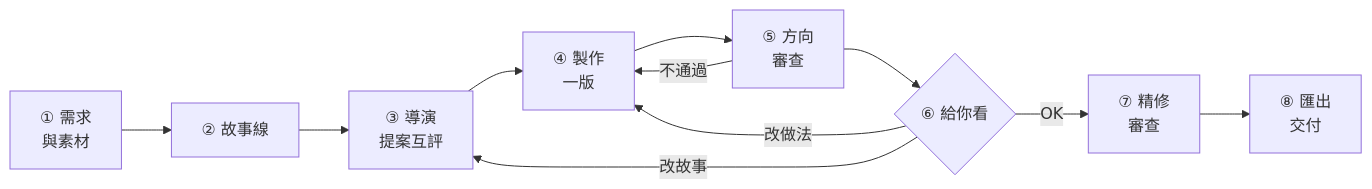
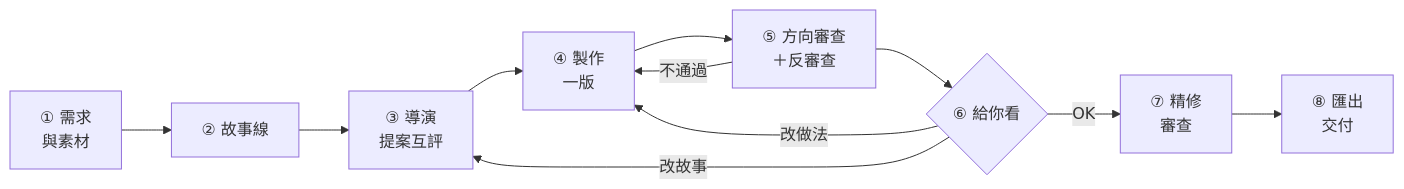
Before and after one commit to chengwesley/canvas-motion: the diagram in README.md, drawn with Mermaid. The commit also changed other lines of this file and 3 other files, not shown here.

````diff
--- a/README.md
+++ b/README.md
@@ -86,13 +86,13 @@
 ```mermaid
 flowchart LR
     A["① 需求<br/>與素材"] --> C["② 故事線"]
     C --> D["③ 導演<br/>提案互評"]
     D --> F["④ 製作<br/>一版"]
-    F --> G["⑤ 方向<br/>審查"]
+    F --> G["⑤ 方向審查<br/>＋反審查"]
     G -->|不通過| F
     G --> H{"⑥ 給你看"}
     H -->|改故事| D
     H -->|改做法| F
     H -->|OK| I["⑦ 精修<br/>審查"]
     I --> J["⑧ 匯出<br/>交付"]
 ```
````
